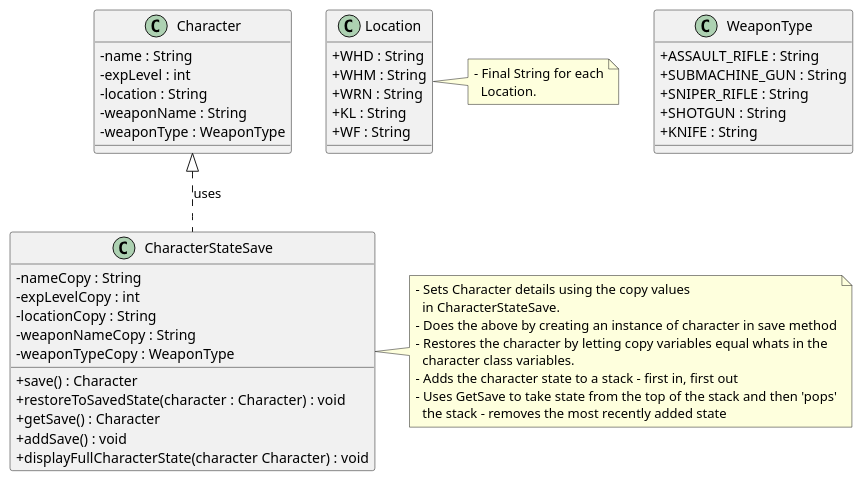
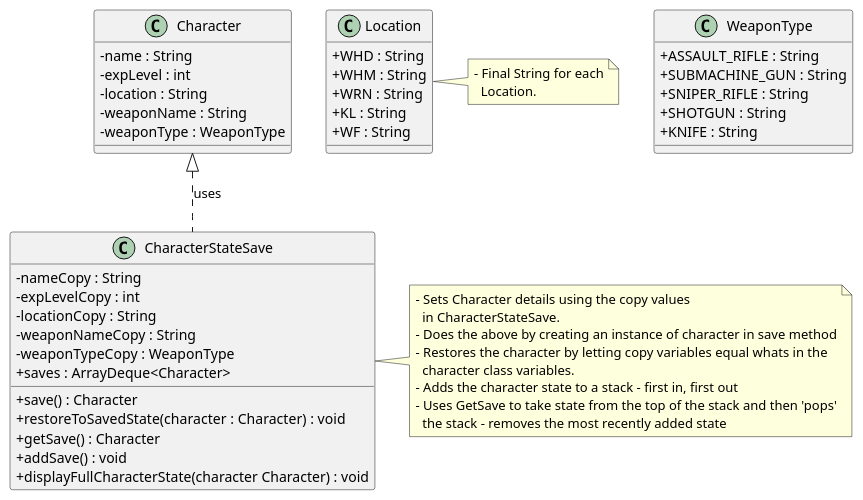
Before and after one commit to ShaneMcGinley/Memento: the diagram in src/OpenWorldGame.puml, drawn with PlantUML. The commit also changed 1 other file, not shown here.

Commit message:
Before Memento - added deque to UML Diagram and updated its access

```diff
--- a/src/OpenWorldGame.puml
+++ b/src/OpenWorldGame.puml
@@ -1,61 +1,62 @@
 @startuml
 skinparam classAttributeIconSize 0
 
 class Character {
 - name : String
 - expLevel : int
 - location : String
 - weaponName : String
 - weaponType : WeaponType
 
 }
 
 class CharacterStateSave {
 - nameCopy : String
 - expLevelCopy : int
 - locationCopy : String
 - weaponNameCopy : String
 - weaponTypeCopy : WeaponType
++ saves : ArrayDeque<Character>
 
 + save() : Character
 + restoreToSavedState(character : Character) : void
 + getSave() : Character
 + addSave() : void
 + displayFullCharacterState(character Character) : void
 }
 
 note right {
 - Sets Character details using the copy values
   in CharacterStateSave.
 - Does the above by creating an instance of character in save method
 - Restores the character by letting copy variables equal whats in the
   character class variables.
 - Adds the character state to a stack - first in, first out
 - Uses GetSave to take state from the top of the stack and then 'pops'
   the stack - removes the most recently added state
 }
 
 class WeaponType {
 + ASSAULT_RIFLE : String
 + SUBMACHINE_GUN : String
 + SNIPER_RIFLE : String
 + SHOTGUN : String
 + KNIFE : String
 }
 
 class Location {
 + WHD : String
 + WHM : String
 + WRN : String
 + KL : String
 + WF : String
 }
 
 note right {
 - Final String for each
   Location.
 }
 
 Character <|.. CharacterStateSave : uses
 
 @enduml
```
